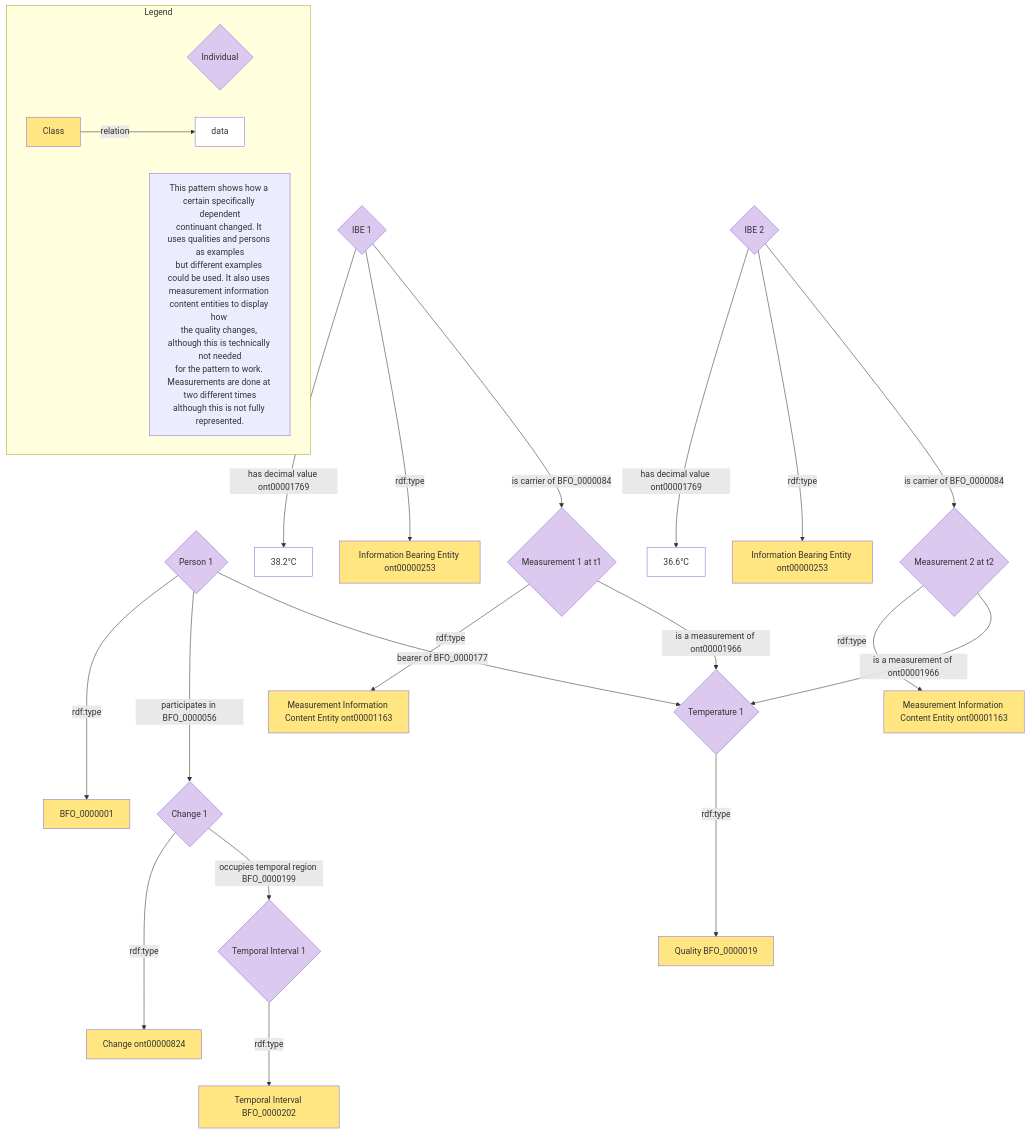
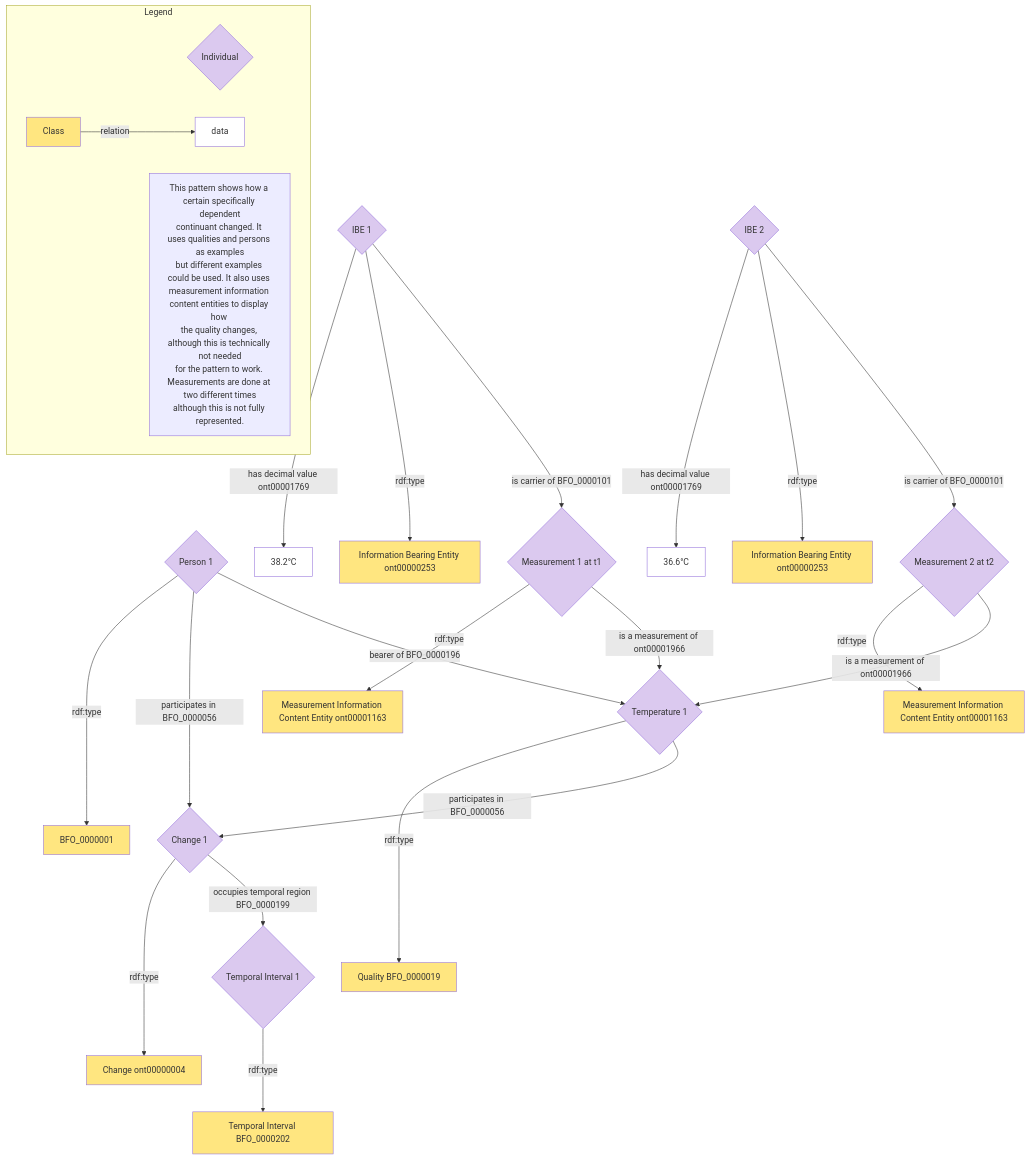
The diagram in design-patterns/new-patterns/processes/change.mmd (giacomodecolle/CCO-design-patterns), drawn with Mermaid before and after one commit. The commit also changed 1 other file, not shown here.

```diff
--- a/design-patterns/new-patterns/processes/change.mmd
+++ b/design-patterns/new-patterns/processes/change.mmd
@@ -1,46 +1,46 @@
 flowchart TB
     A{Person 1} --->|rdf:type| B[BFO_0000001]
     A --->|participates in BFO_0000056| F{Change 1}
 
-    F --->|rdf:type| G[Change ont00000824]
+    F --->|rdf:type| G[Change ont00000004]
     F -->|occupies temporal region BFO_0000199| H{Temporal Interval 1}
     H --->|rdf:type| I[Temporal Interval BFO_0000202]
 
-
-    A -->|bearer of BFO_0000177| K{Temperature 1}
+    A -->|bearer of BFO_0000196| K{Temperature 1}
     K --->|rdf:type| L[Quality BFO_0000019]
+    K -->|participates in BFO_0000056| F{Change 1}
 
     M{Measurement 1 at t1} -->|rdf:type| N[Measurement Information Content Entity ont00001163]
     U -->|has decimal value ont00001769| O[36.6°C]
     M -->|is a measurement of ont00001966| K
 
     P{Measurement 2 at t2} -->|rdf:type| Q[Measurement Information Content Entity ont00001163]
     S -->|has decimal value ont00001769| R[38.2°C]
     P -->|is a measurement of ont00001966| K
 
     S{IBE 1} -->|rdf:type| T[Information Bearing Entity ont00000253]
-    S -->|is carrier of BFO_0000084| M
+    S -->|is carrier of BFO_0000101| M
 
     U{IBE 2} -->|rdf:type| V[Information Bearing Entity ont00000253]
-    U -->|is carrier of BFO_0000084| P
+    U -->|is carrier of BFO_0000101| P
 
 subgraph Legend
 AA{Individual}
 BB[Class]
 CC[data]
 BB --> |relation| CC
 DD[This pattern shows how a certain specifically dependent
 continuant changed. It uses qualities and persons as examples
 but different examples could be used. It also uses 
 measurement information content entities to display how 
 the quality changes, although this is technically not needed
 for the pattern to work. Measurements are done at two different times
 although this is not fully represented.] 
 
 classDef yellow fill:#ffe680
 classDef purple fill:#dbc9ef
 classDef white fill:#ffffff
 class BB,B,G,I,L,N,Q,T,V yellow
 class AA,A,F,H,K,M,P,S,U purple
 class CC,J,O,R white
 end
```
